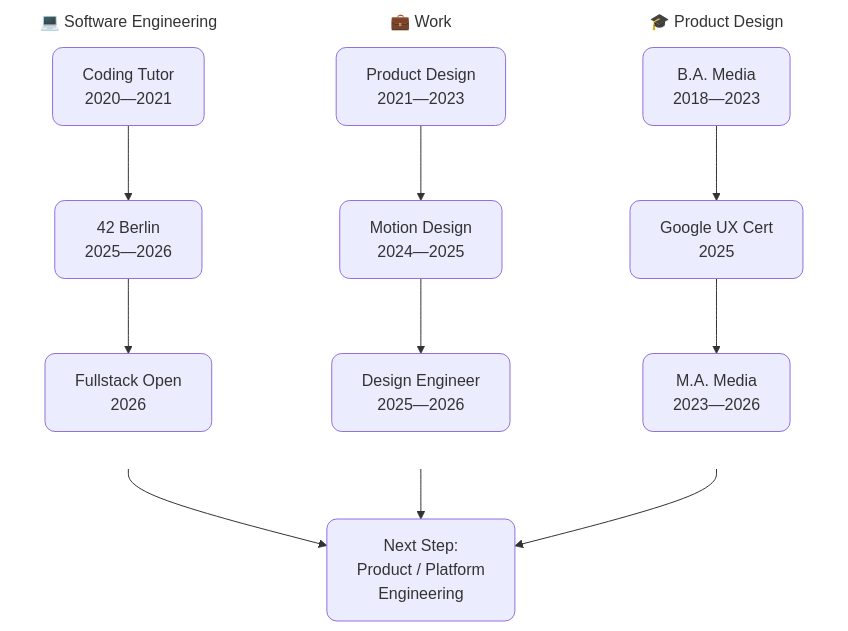
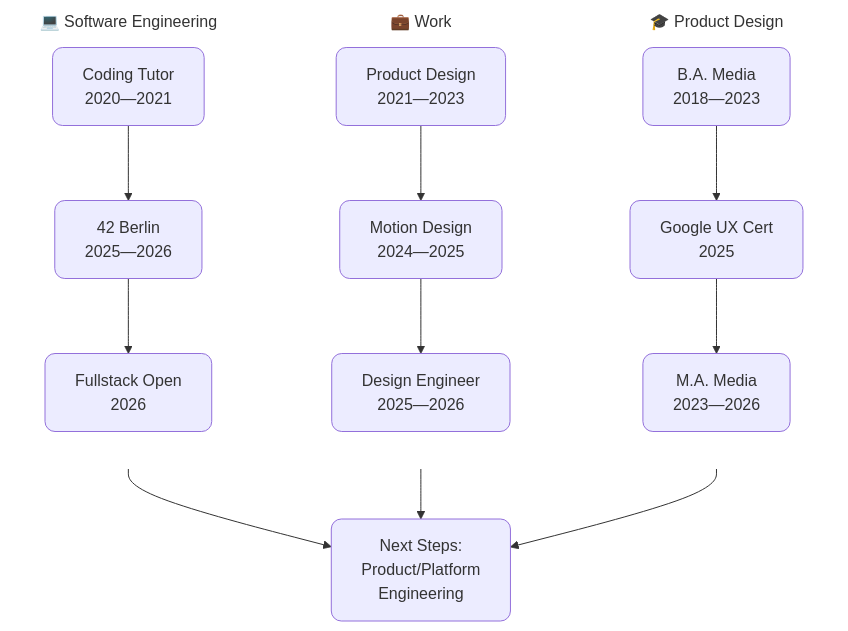
The diagram in README.md (Kopfdreher/Kopfdreher), drawn with Mermaid before and after one commit.

Commit message:
simplify

````diff
--- a/README.md
+++ b/README.md
@@ -23,27 +23,27 @@
 ```mermaid
 graph TD
     classDef card rx:10,ry:10
 
     subgraph EDU [🎓 Product Design]
         direction TB
         E1[B.A. Media<br/>2018—2023] --> E2[Google UX Cert<br/>2025] --> E3[M.A. Media<br/>2023—2026]
     end
     style EDU fill:none,stroke:none
 
     subgraph JOB [💼 Work]
         direction TB
         J1[Product Design<br/>2021—2023] --> J2[Motion Design<br/>2024—2025] --> J3[Design Engineer<br/>2025—2026]
     end
     style JOB fill:none,stroke:none
 
     subgraph SWE [💻 Software Engineering]
         direction TB
         S1[Coding Tutor<br/>2020—2021] --> S2[42 Berlin<br/>2025—2026] --> S3[Fullstack Open<br/>2026]
     end
     style SWE fill:none,stroke:none
 
-    E3 --> JOIN[Next Step:<br/>Product / Platform<br/>Engineering]
+    E3 --> JOIN[Next Steps:<br/>Product/Platform<br/>Engineering]
     J3 --> JOIN
     S3 --> JOIN
     class E1,E2,E3,J1,J2,J3,S1,S2,S3,JOIN card
 ```
````
